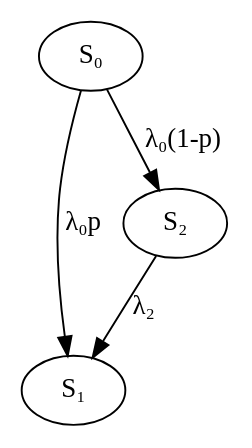
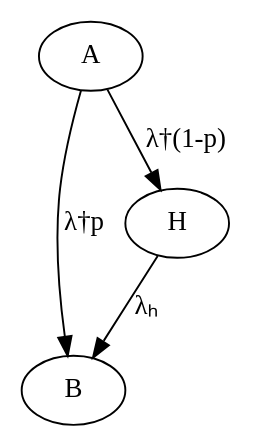
Before and after one commit to dwu0042/explore_echidna: the second of 2 diagrams in reports/report.qmd, drawn with Graphviz. The commit also changed other lines of this file and 3 other files, not shown here.

````diff
--- a/reports/report.qmd
+++ b/reports/report.qmd
@@ -306,8 +306,8 @@
 ```{dot}
 //| fig-width: 50%
 digraph G {
-    S₀ -> S₁ [ label="λ₀p" ]
-    S₀ -> S₂ [ label="λ₀(1-p)" ]
-    S₂ -> S₁ [ label="λ₂" ]
+    A -> B [ label="λ†p" ]
+    A -> H [ label="λ†(1-p)" ]
+    H -> B [ label="λₕ" ]
 }
 ```
````
